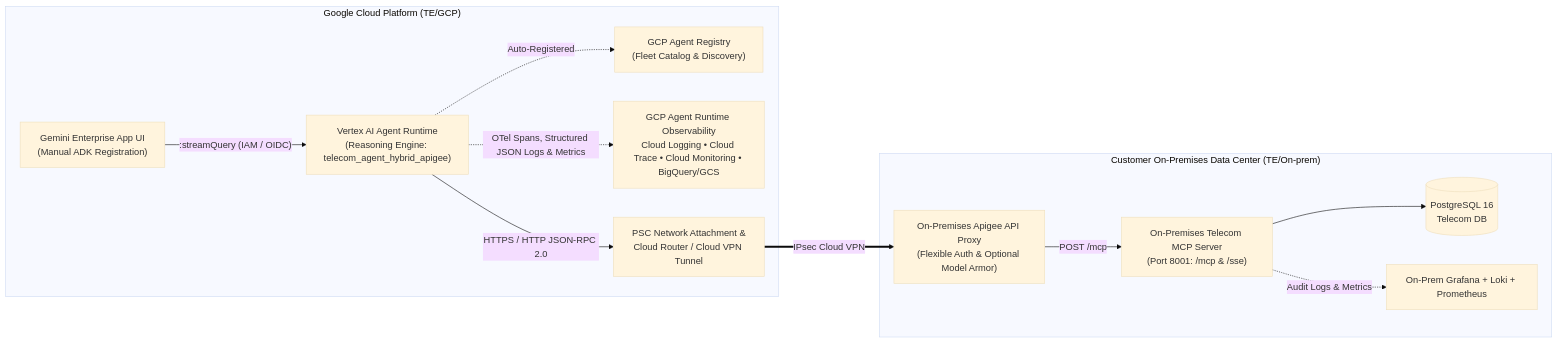
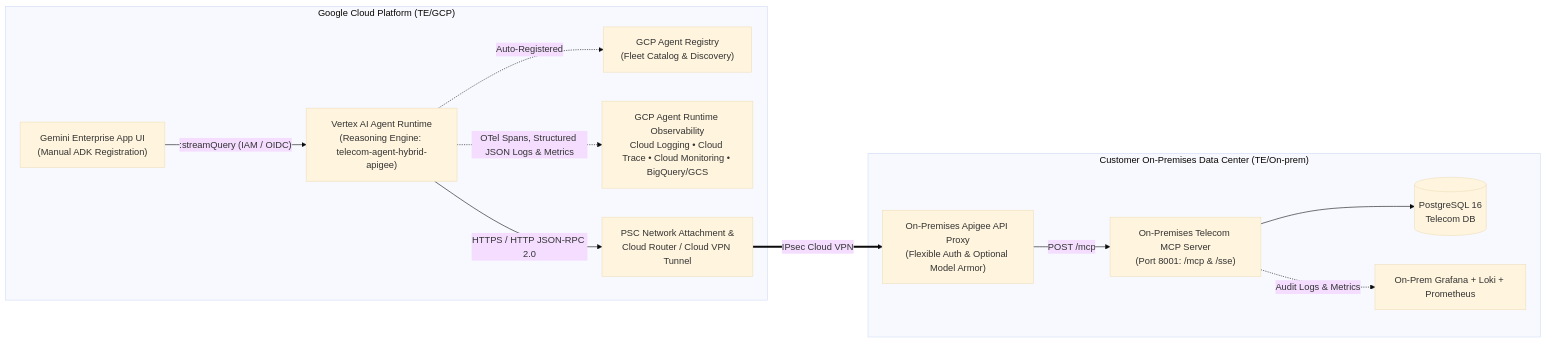
One commit to pradeesi/TE changed the diagram in GCP/README.md. Above: the diagram before and after it, drawn with Mermaid (base theme). The commit also changed other lines of this file and 25 other files, not shown here.

Commit message:
chore(gcp): remove Terraform, GEMINI.md, and Cloud Run/GKE clutter to keep Agent Runtime deployment only

````diff
--- a/GCP/README.md
+++ b/GCP/README.md
@@ -17,26 +17,26 @@
 ```mermaid
 flowchart LR
     subgraph GCP["Google Cloud Platform (TE/GCP)"]
         GE["Gemini Enterprise App UI<br/>(Manual ADK Registration)"]
-        AR["Vertex AI Agent Runtime<br/>(Reasoning Engine: telecom_agent_hybrid_apigee)"]
+        AR["Vertex AI Agent Runtime<br/>(Reasoning Engine: telecom-agent-hybrid-apigee)"]
         REG["GCP Agent Registry<br/>(Fleet Catalog & Discovery)"]
         OBS["GCP Agent Runtime Observability<br/>Cloud Logging • Cloud Trace • Cloud Monitoring • BigQuery/GCS"]
         PSC["PSC Network Attachment &<br/>Cloud Router / Cloud VPN Tunnel"]
     end
 
     subgraph ONPREM["Customer On-Premises Data Center (TE/On-prem)"]
         APIGEE["On-Premises Apigee API Proxy<br/>(Flexible Auth & Optional Model Armor)"]
         MCP["On-Premises Telecom MCP Server<br/>(Port 8001: /mcp & /sse)"]
         PG[("PostgreSQL 16<br/>Telecom DB")]
         LOKI["On-Prem Grafana + Loki + Prometheus"]
     end
 
     GE -->|":streamQuery (IAM / OIDC)"| AR
     AR -.->|"Auto-Registered"| REG
     AR -.->|"OTel Spans, Structured JSON Logs & Metrics"| OBS
     AR -->|"HTTPS / HTTP JSON-RPC 2.0"| PSC
     PSC ==>|"IPsec Cloud VPN"| APIGEE
     APIGEE -->|"POST /mcp"| MCP
     MCP --> PG
     MCP -.->|"Audit Logs & Metrics"| LOKI
 ```
````
